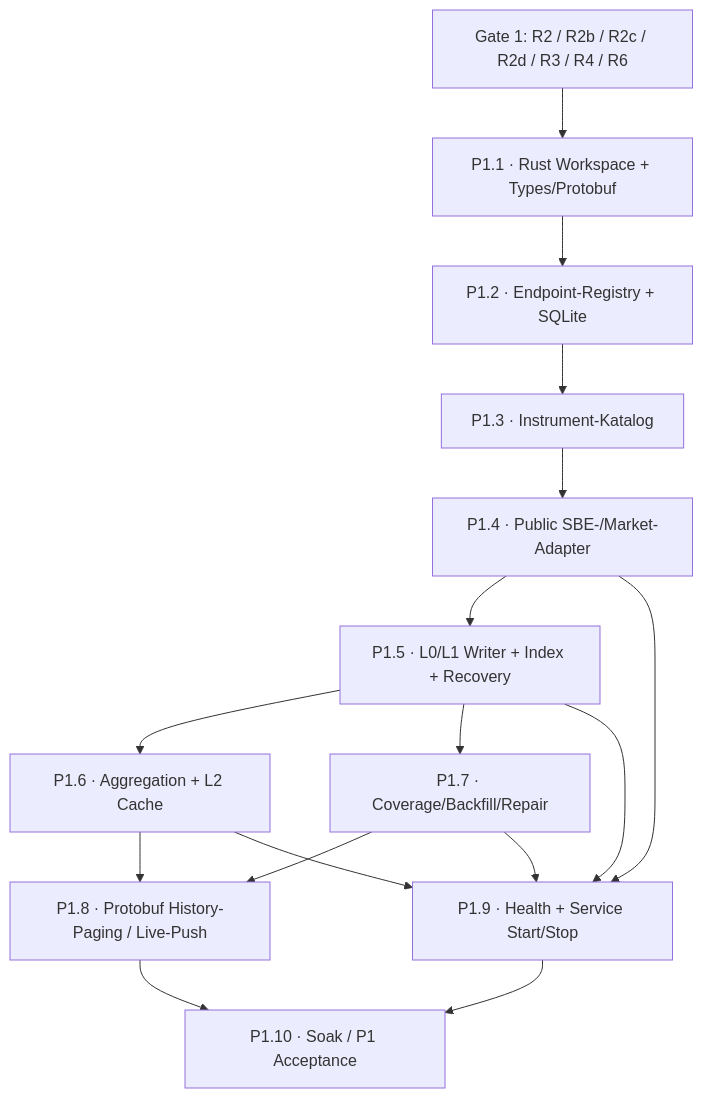
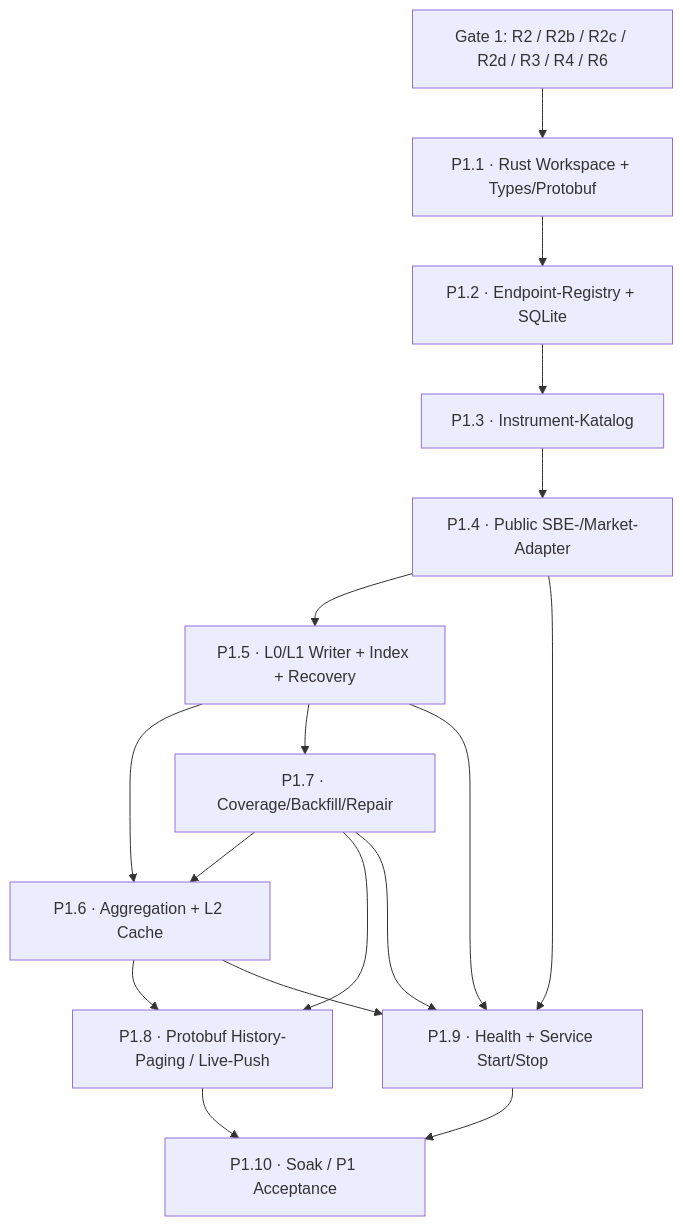
Before and after one commit to sawyerma/darkbot: the second of 2 diagrams in darknode/docs/PHASENPLAN_P1_V1.md, drawn with Mermaid. The commit also changed other lines of this file, not shown here.

Commit message:
docs(darknode): require historical raw trades and own 1s MTF aggregation in P1 and diagrams

````diff
--- a/darknode/docs/PHASENPLAN_P1_V1.md
+++ b/darknode/docs/PHASENPLAN_P1_V1.md
@@ -224,26 +228,27 @@
 ```mermaid
 flowchart TB
   SPIKES["Gate 1: R2 / R2b / R2c / R2d / R3 / R4 / R6"]
   A["P1.1 · Rust Workspace + Types/Protobuf"]
   B["P1.2 · Endpoint-Registry + SQLite"]
   C["P1.3 · Instrument-Katalog"]
   D["P1.4 · Public SBE-/Market-Adapter"]
   E["P1.5 · L0/L1 Writer + Index + Recovery"]
   F["P1.6 · Aggregation + L2 Cache"]
   G["P1.7 · Coverage/Backfill/Repair"]
   H["P1.8 · Protobuf History-Paging / Live-Push"]
   I["P1.9 · Health + Service Start/Stop"]
   Z["P1.10 · Soak / P1 Acceptance"]
   SPIKES --> A
   A --> B --> C --> D --> E
   E --> F
   E --> G
+  G --> F
   F --> H
   G --> H
   D --> I
   E --> I
   F --> I
   G --> I
   H --> Z
   I --> Z
 ```
````
